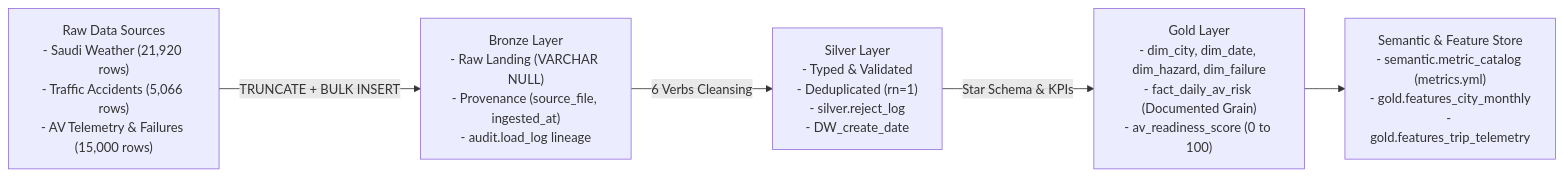
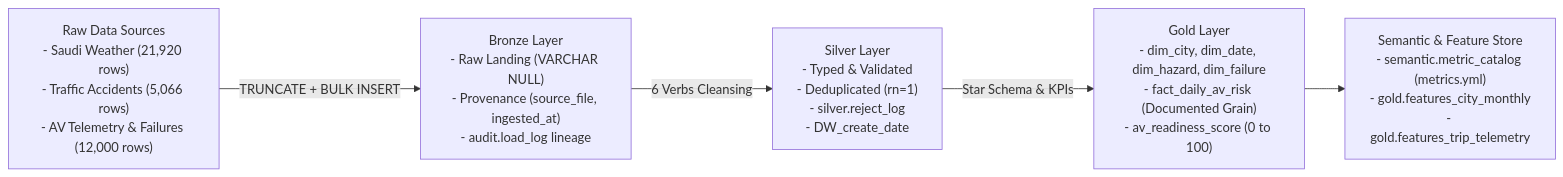
The diagram in README.md (farahatsaafan/AV-Ready-Saudi), drawn with Mermaid before and after one commit. The commit also changed other lines of this file and 9 other files, not shown here.

Commit message:
refactor(data): calibrate AV telemetry volume to 12k rows to achieve 69.2% real data balance

````diff
--- a/README.md
+++ b/README.md
@@ -43,26 +43,26 @@
 ```mermaid
 flowchart LR
     A["Raw Data Sources
 - Saudi Weather (21,920 rows)
 - Traffic Accidents (5,066 rows)
-- AV Telemetry & Failures (15,000 rows)"] -->|TRUNCATE + BULK INSERT| B["Bronze Layer
+- AV Telemetry & Failures (12,000 rows)"] -->|TRUNCATE + BULK INSERT| B["Bronze Layer
 - Raw Landing (VARCHAR NULL)
 - Provenance (source_file, ingested_at)
 - audit.load_log lineage"]
     
     B -->|6 Verbs Cleansing| C["Silver Layer
 - Typed & Validated
 - Deduplicated (rn=1)
 - silver.reject_log
 - DW_create_date"]
     
     C -->|Star Schema & KPIs| D["Gold Layer
 - dim_city, dim_date, dim_hazard, dim_failure
 - fact_daily_av_risk (Documented Grain)
 - av_readiness_score (0 to 100)"]
     
     D --> E["Semantic & Feature Store
 - semantic.metric_catalog (metrics.yml)
 - gold.features_city_monthly
 - gold.features_trip_telemetry"]
 ```
````
